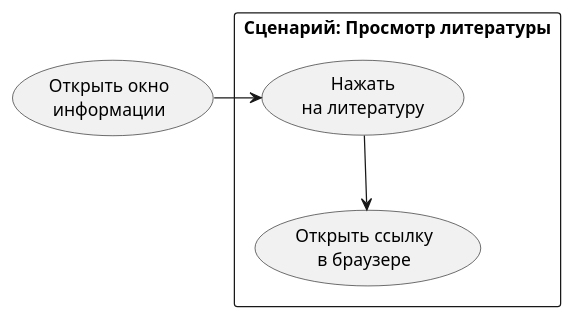
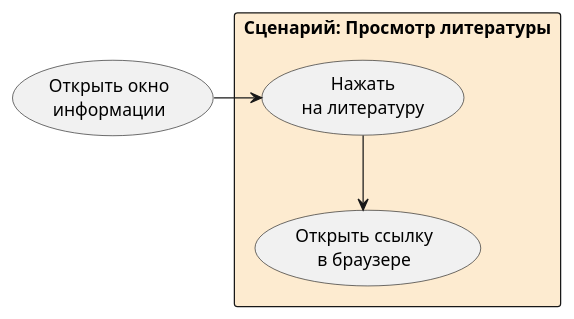
The diagram in diagrams/precedents/scenaries/view_literature.puml (ethernet389/MAI-2), drawn with PlantUML before and after one commit. The commit also changed 12 other files, not shown here.

Commit message:
Add Color to diagrams and add db structure diagram

```diff
--- a/diagrams/precedents/scenaries/view_literature.puml
+++ b/diagrams/precedents/scenaries/view_literature.puml
@@ -1,12 +1,16 @@
 @startuml
+
+skinparam linetype ortho
+
+skinparam RectangleBackgroundColor #FDEBD0
 
 (Открыть окно\nинформации) as info_window
 rectangle "Сценарий: Просмотр литературы" {
     (Нажать\nна литературу) as click_on_literature
     (Открыть ссылку\nв браузере) as open_browser
 }
 
 info_window -r-> click_on_literature
 click_on_literature --> open_browser
 
 @enduml
```
